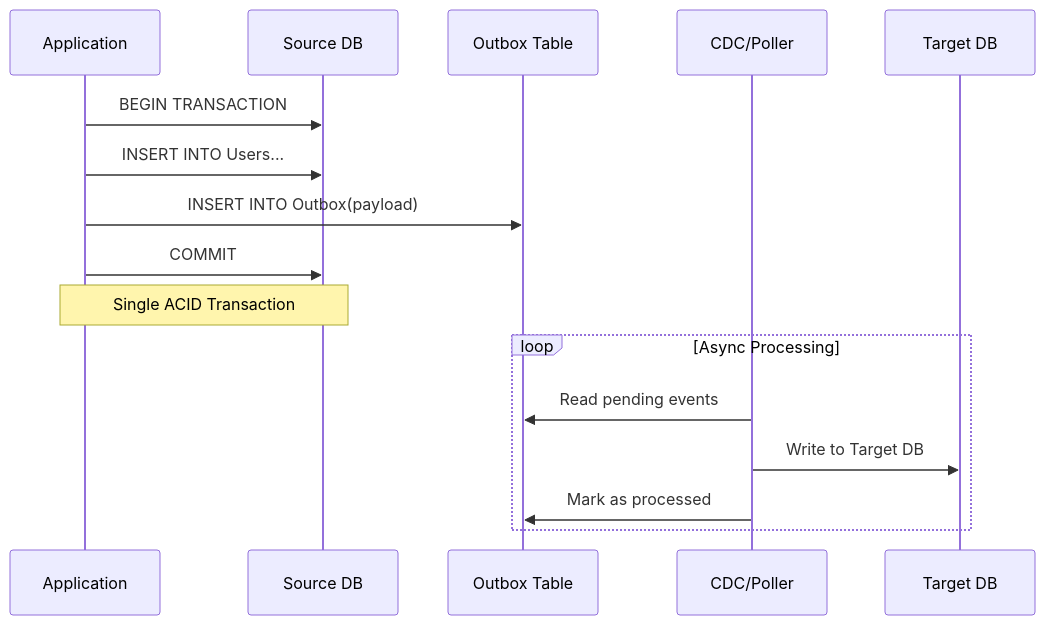
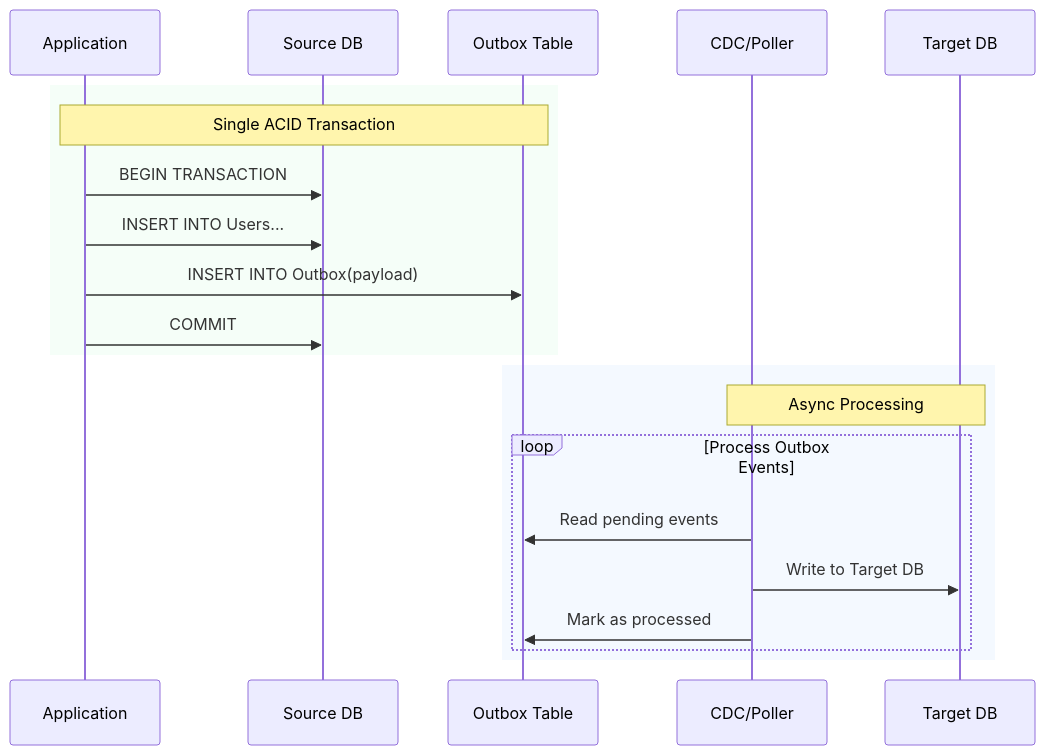
Before and after one commit to udaytamma/Cyrus: the fifth of 5 diagrams in gemini-responses/dual-write-dual-read-pattern-20260120-0919.md, drawn with Mermaid. The commit also changed other lines of this file and 28 other files, not shown here.

First line of the commit message:
Upgrade Knowledge Base Mermaid diagrams to professional styling

````diff
--- a/gemini-responses/dual-write-dual-read-pattern-20260120-0919.md
+++ b/gemini-responses/dual-write-dual-read-pattern-20260120-0919.md
@@ -391,20 +435,25 @@
 ```mermaid
 sequenceDiagram
     participant App as Application
     participant DB as Source DB
     participant Outbox as Outbox Table
     participant Poller as CDC/Poller
     participant Target as Target DB
 
-    App->>DB: BEGIN TRANSACTION
-    App->>DB: INSERT INTO Users...
-    App->>Outbox: INSERT INTO Outbox(payload)
-    App->>DB: COMMIT
-    Note over App,DB: Single ACID Transaction
+    rect rgba(220,252,231,0.3)
+        Note over App,Outbox: Single ACID Transaction
+        App->>DB: BEGIN TRANSACTION
+        App->>DB: INSERT INTO Users...
+        App->>Outbox: INSERT INTO Outbox(payload)
+        App->>DB: COMMIT
+    end
 
-    loop Async Processing
-        Poller->>Outbox: Read pending events
-        Poller->>Target: Write to Target DB
-        Poller->>Outbox: Mark as processed
+    rect rgba(219,234,254,0.3)
+        Note over Poller,Target: Async Processing
+        loop Process Outbox Events
+            Poller->>Outbox: Read pending events
+            Poller->>Target: Write to Target DB
+            Poller->>Outbox: Mark as processed
+        end
     end
 ```
````
